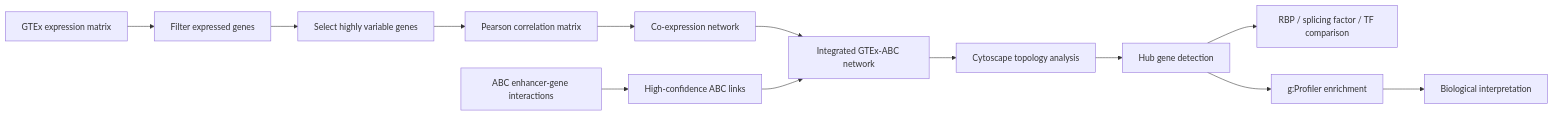
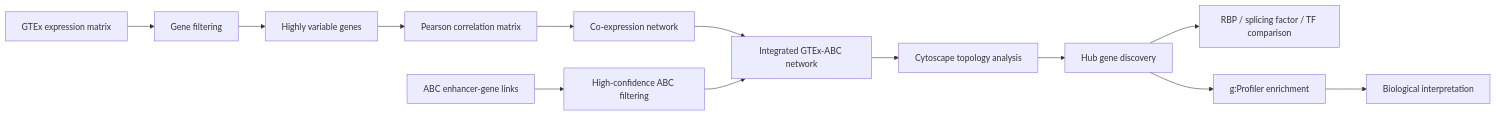
One commit to sakthi-2003/GTEx_ABC_Regulatory_Network changed the diagram in README.md. Above: the diagram before and after it, drawn with Mermaid. The commit also changed other lines of this file, not shown here.

````diff
--- a/README.md
+++ b/README.md
@@ -28,15 +39,15 @@
 ```mermaid
 flowchart LR
-    A["GTEx expression matrix"] --> B["Filter expressed genes"]
-    B --> C["Select highly variable genes"]
+    A["GTEx expression matrix"] --> B["Gene filtering"]
+    B --> C["Highly variable genes"]
     C --> D["Pearson correlation matrix"]
     D --> E["Co-expression network"]
-    F["ABC enhancer-gene interactions"] --> G["High-confidence ABC links"]
+    F["ABC enhancer-gene links"] --> G["High-confidence ABC filtering"]
     E --> H["Integrated GTEx-ABC network"]
     G --> H
     H --> I["Cytoscape topology analysis"]
-    I --> J["Hub gene detection"]
+    I --> J["Hub gene discovery"]
     J --> K["RBP / splicing factor / TF comparison"]
     J --> L["g:Profiler enrichment"]
     L --> M["Biological interpretation"]
 ```
````
